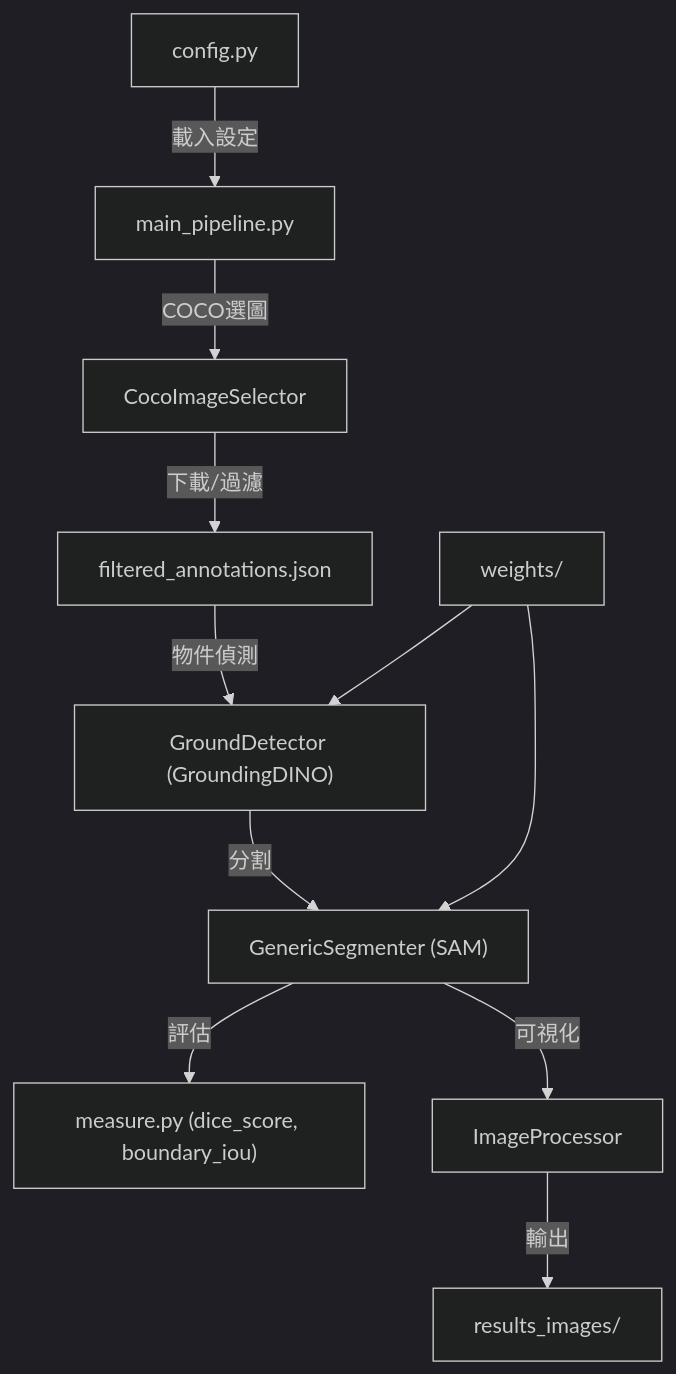
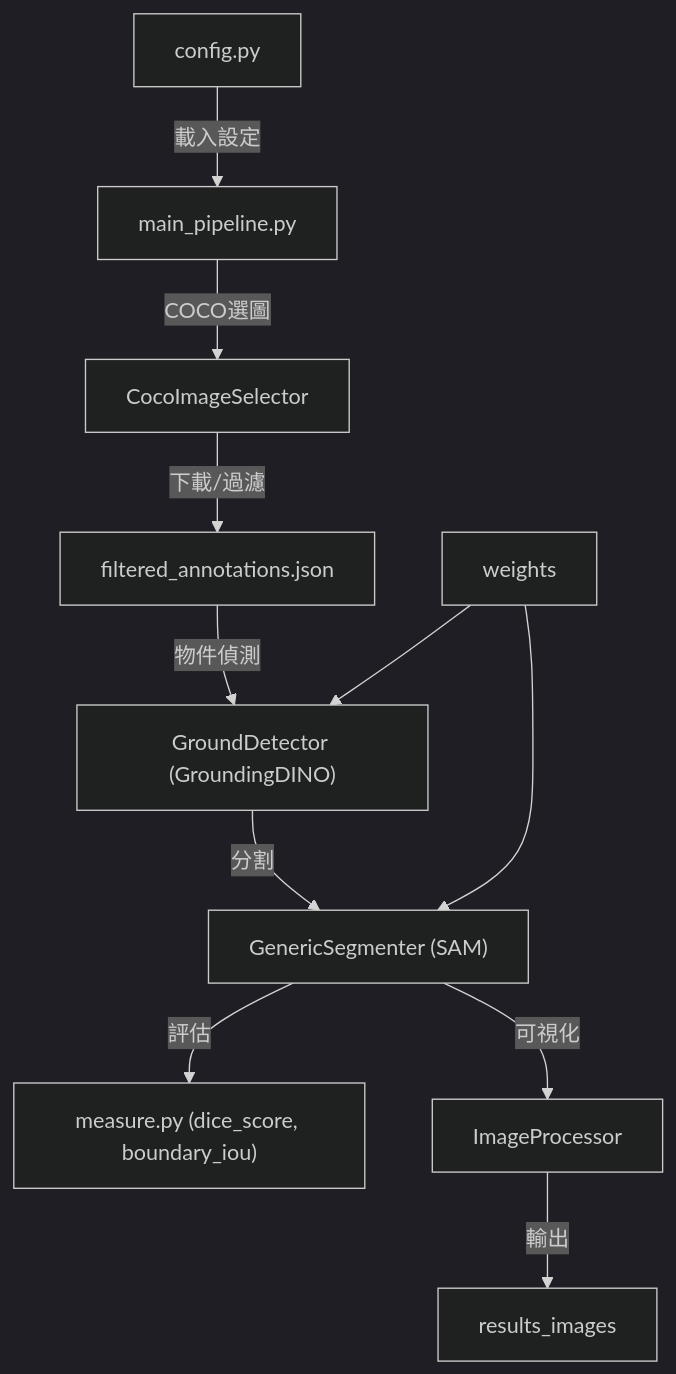
One commit to ykk8687/Metrology changed the second of 2 diagrams in README.md. Above: the diagram before and after it, drawn with Mermaid (dark theme).

Commit message:
test README.md mermaid

````diff
--- a/README.md
+++ b/README.md
@@ -57,13 +57,13 @@
 ```mermaid
 graph TD;
-    B["config.py"] -->|載入設定| A["main_pipeline.py"];
-    A -->|COCO選圖| C["CocoImageSelector"];
+    A["main_pipeline.py"] -->|COCO選圖| C["CocoImageSelector"];
+    B["config.py"] -->|載入設定| A;
     C -->|下載/過濾| H["filtered_annotations.json"];
     H -->|物件偵測| D["GroundDetector (GroundingDINO)"];
     D -->|分割| E["GenericSegmenter (SAM)"];
     E -->|評估| F["measure.py (dice_score, boundary_iou)"];
-    I["weights/"] --> D
+    I["weights"] --> D
     I --> E
     E -->|可視化| G["ImageProcessor"];
-    G -->|輸出| J["results_images/"];
+    G -->|輸出| J["results_images"];
 ```
````
